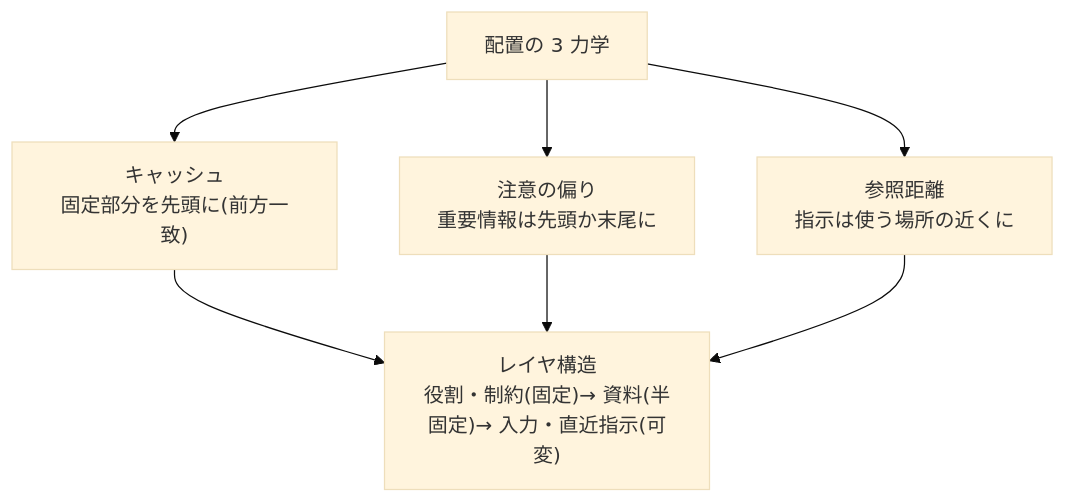
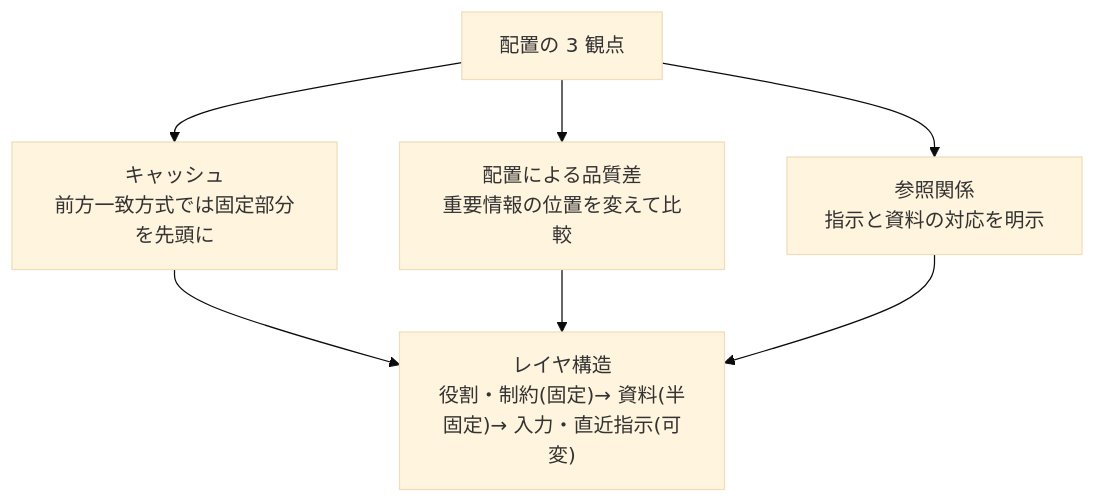
Before and after one commit to pero3dev/ai-agent-library: the diagram in docs/03-implementation/prompt-engineering-patterns.md, drawn with Mermaid (base theme). The commit also changed other lines of this file and 147 other files, not shown here.

````diff
--- a/docs/03-implementation/prompt-engineering-patterns.md
+++ b/docs/03-implementation/prompt-engineering-patterns.md
@@ -41,7 +41,7 @@
 ```mermaid
 flowchart TD
-    A["配置の 3 力学"] --> C["キャッシュ<br/>固定部分を先頭に(前方一致)"]
-    A --> P["注意の偏り<br/>重要情報は先頭か末尾に"]
-    A --> D["参照距離<br/>指示は使う場所の近くに"]
+    A["配置の 3 観点"] --> C["キャッシュ<br/>前方一致方式では固定部分を先頭に"]
+    A --> P["配置による品質差<br/>重要情報の位置を変えて比較"]
+    A --> D["参照関係<br/>指示と資料の対応を明示"]
     C & P & D --> L["レイヤ構造<br/>役割・制約(固定)→ 資料(半固定)→ 入力・直近指示(可変)"]
 ```
````
